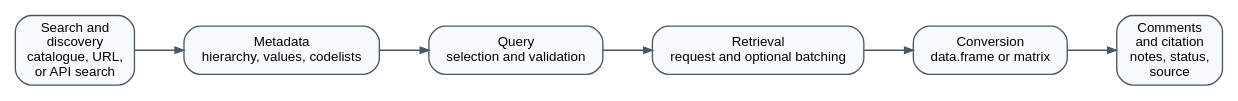
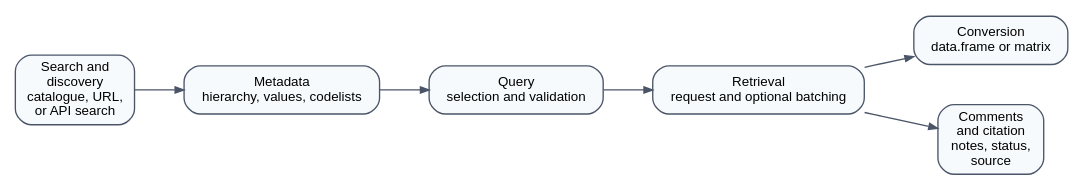
Before and after one commit to rOpenGov/pxweb: the diagram in paper/workflow-model.dot, drawn with Graphviz. The commit also changed 8 other files, not shown here.

```diff
--- a/paper/workflow-model.dot
+++ b/paper/workflow-model.dot
@@ -1,40 +1,41 @@
 
 digraph pxweb_workflow {
   graph [
     rankdir = LR,
     bgcolor = "white",
     margin = 0.05,
     nodesep = 0.42,
     ranksep = 0.52
   ];
 
   node [
     shape = box,
     style = "rounded,filled",
     color = "#4A5568",
     fillcolor = "#F7FAFC",
     fontname = "Helvetica",
     fontsize = 10,
     margin = "0.08,0.05"
   ];
 
   edge [
     color = "#4A5568",
     arrowsize = 0.65,
     fontname = "Helvetica",
     fontsize = 9
   ];
 
   search [label = "Search and\ndiscovery\ncatalogue, URL,\nor API search"];
   metadata [label = "Metadata\nhierarchy, values, codelists"];
   query [label = "Query\nselection and validation"];
   retrieval [label = "Retrieval\nrequest and optional batching"];
   conversion [label = "Conversion\ndata.frame or matrix"];
   comments [label = "Comments\nand citation\nnotes, status,\nsource"];
 
   search -> metadata;
   metadata -> query;
   query -> retrieval;
   retrieval -> conversion;
-  conversion -> comments;
+  retrieval -> comments;
+  { rank = same; conversion; comments; }
 }
```
